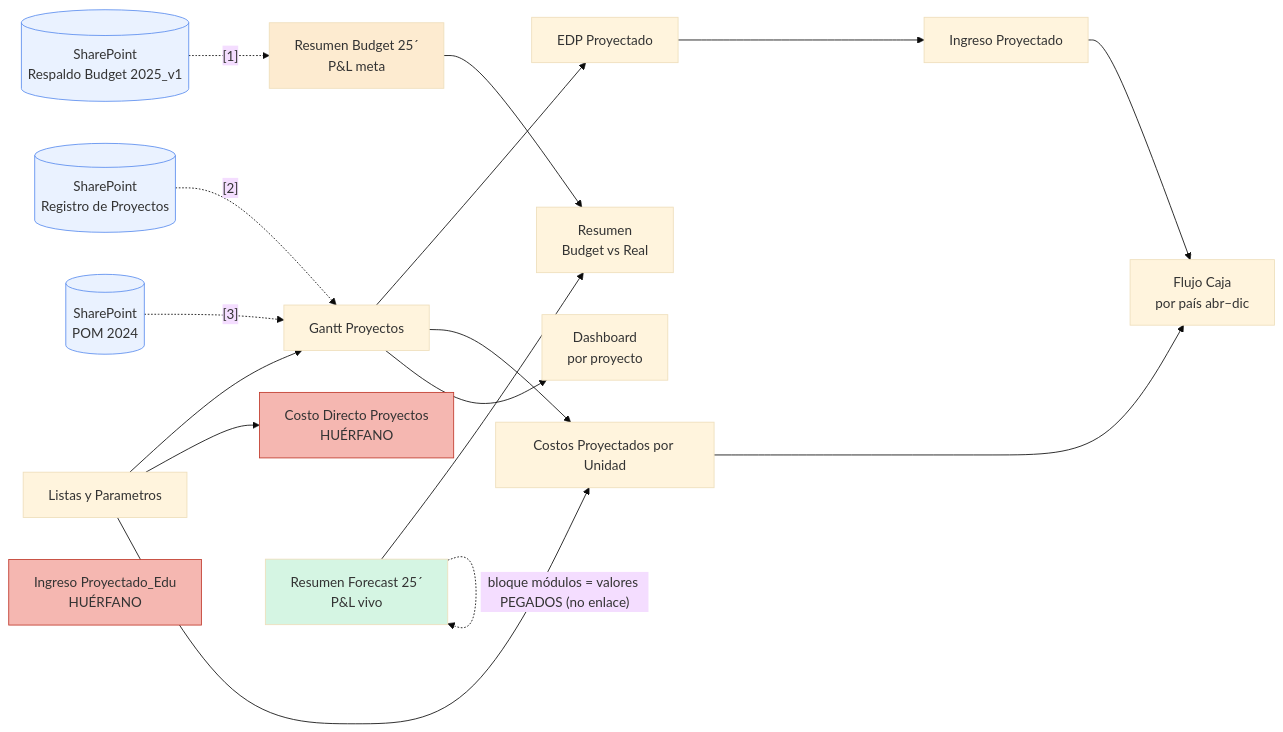
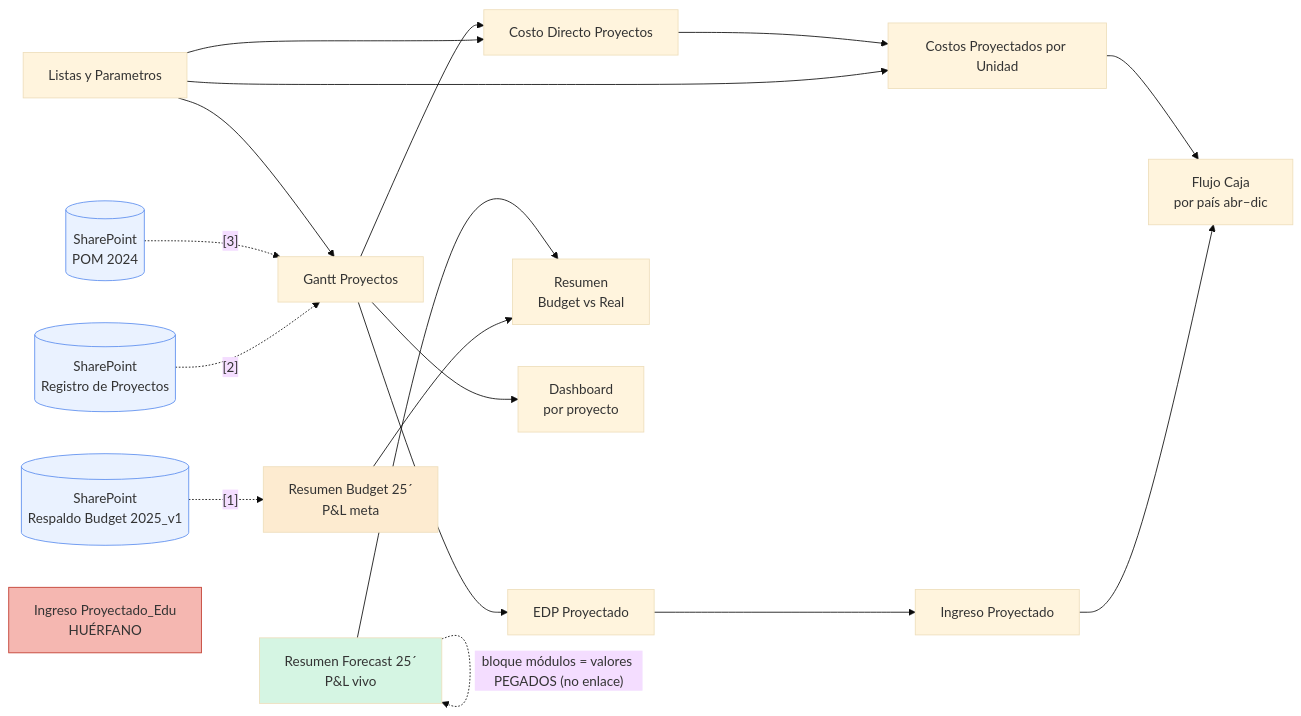
The first of 2 diagrams in pilar_a/data/Archivos 2025/REPORTE_Modelo_Presupuesto_2025.md (dcuerom/redco_proyect), drawn with Mermaid (base theme) before and after one commit. The commit also changed other lines of this file and 1 other file, not shown here.

````diff
--- a/pilar_a/data/Archivos 2025/REPORTE_Modelo_Presupuesto_2025.md
+++ b/pilar_a/data/Archivos 2025/REPORTE_Modelo_Presupuesto_2025.md
@@ -51,33 +51,33 @@
 ```mermaid
 flowchart LR
     EXT1[(SharePoint<br/>Respaldo Budget 2025_v1)]:::ext
     EXT2[(SharePoint<br/>Registro de Proyectos)]:::ext
     EXT3[(SharePoint<br/>POM 2024)]:::ext
     LIS[Listas y Parametros]
     GANTT[Gantt Proyectos]
     EDP[EDP Proyectado]
     IP[Ingreso Proyectado]
     IPE[Ingreso Proyectado_Edu<br/>HUÉRFANO]:::orphan
-    CD[Costo Directo Proyectos<br/>HUÉRFANO]:::orphan
+    CD[Costo Directo Proyectos]
     CU[Costos Proyectados por Unidad]
     FC[Flujo Caja<br/>por país abr–dic]
     BUD[Resumen Budget 25´<br/>P&L meta]
     FOR[Resumen Forecast 25´<br/>P&L vivo]
     RES[Resumen<br/>Budget vs Real]
     DASH[Dashboard<br/>por proyecto]
 
     EXT1 -. "[1]" .-> BUD
     EXT2 -. "[2]" .-> GANTT
     EXT3 -. "[3]" .-> GANTT
     LIS --> GANTT & CD & CU
     GANTT --> EDP --> IP --> FC
-    GANTT --> CU --> FC
+    GANTT --> CD --> CU --> FC
     GANTT --> DASH
     BUD --> RES
     FOR --> RES
     FOR -. "bloque módulos = valores PEGADOS (no enlace)" .-> FOR
     classDef ext fill:#eaf2ff,stroke:#5b8def
     classDef orphan fill:#f5b7b1,stroke:#c0392b
     style BUD fill:#fdebd0
     style FOR fill:#d5f5e3
 ```
````
